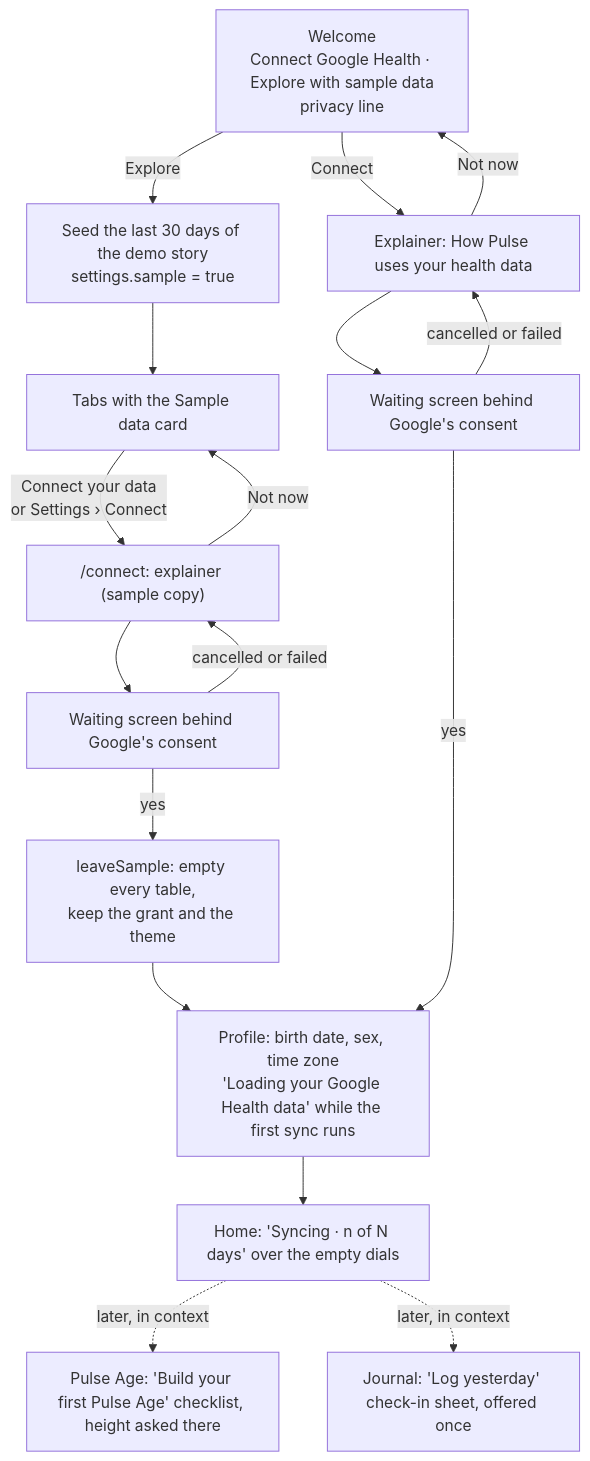
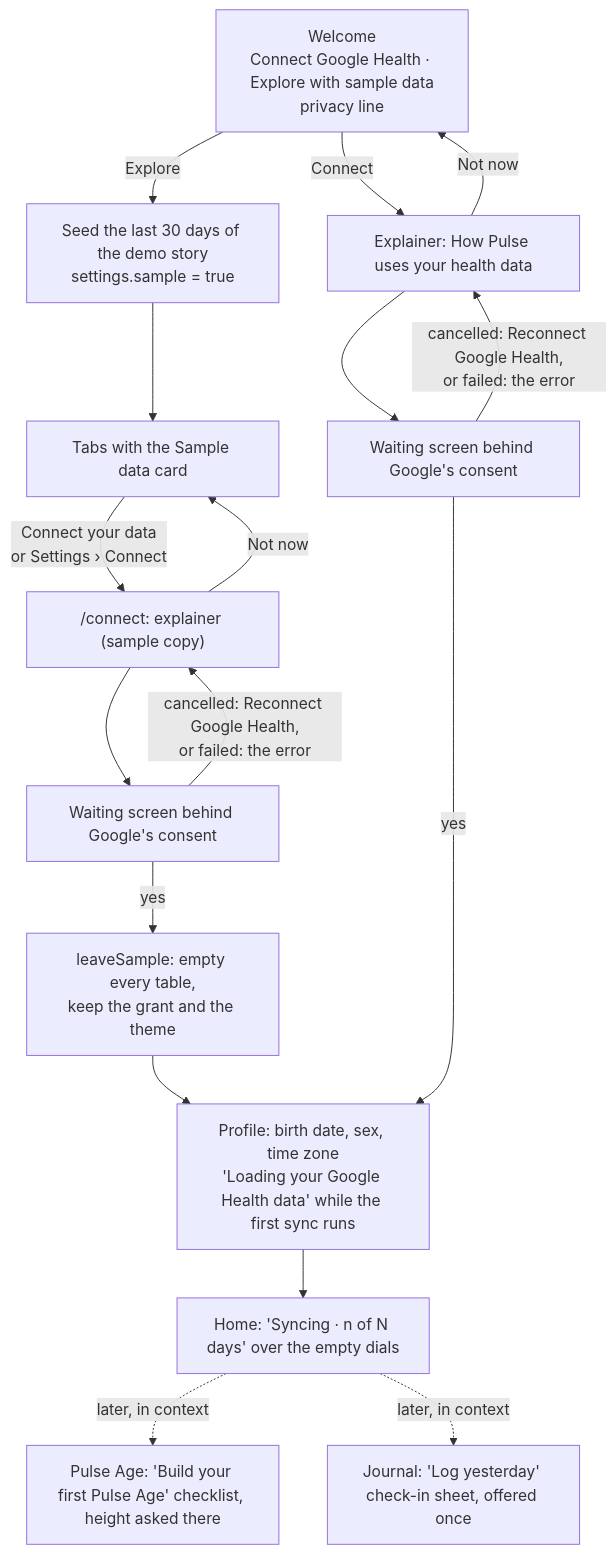
The first of 2 diagrams in docs/onboarding.md (Gwadaboy75/pulse-mobile), drawn with Mermaid before and after one commit. The commit also changed other lines of this file and 195 other files, not shown here.

````diff
--- a/docs/onboarding.md
+++ b/docs/onboarding.md
@@ -9,19 +9,19 @@
 ```mermaid
 flowchart TD
   W["Welcome<br/>Connect Google Health · Explore with sample data<br/>privacy line"] -->|Explore| S["Seed the last 30 days of the demo story<br/>settings.sample = true"]
   S --> HS["Tabs with the Sample data card"]
   HS -->|"Connect your data<br/>or Settings › Connect"| CX["/connect: explainer (sample copy)"]
   CX -->|Not now| HS
   CX --> CO["Waiting screen behind Google's consent"]
-  CO -->|"cancelled or failed"| CX
+  CO -->|"cancelled: Reconnect Google Health,<br/>or failed: the error"| CX
   CO -->|yes| L["leaveSample: empty every table,<br/>keep the grant and the theme"]
   L --> P
   W -->|Connect| X["Explainer: How Pulse uses your health data"]
   X -->|Not now| W
   X --> O["Waiting screen behind Google's consent"]
-  O -->|"cancelled or failed"| X
+  O -->|"cancelled: Reconnect Google Health,<br/>or failed: the error"| X
   O -->|yes| P["Profile: birth date, sex, time zone<br/>'Loading your Google Health data' while the first sync runs"]
   P --> H["Home: 'Syncing · n of N days' over the empty dials"]
   H -.later, in context.-> A["Pulse Age: 'Build your first Pulse Age' checklist, height asked there"]
   H -.later, in context.-> J["Journal: 'Log yesterday' check-in sheet, offered once"]
 ```
````
